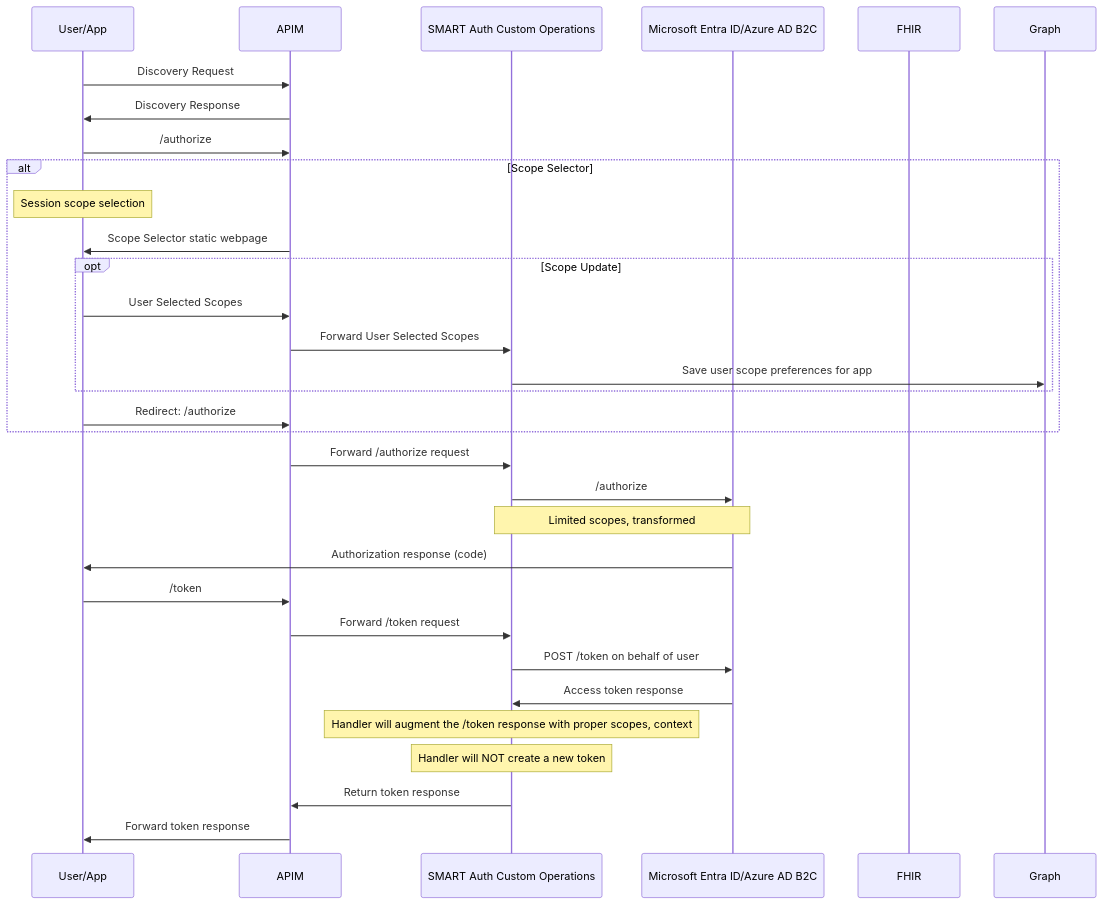
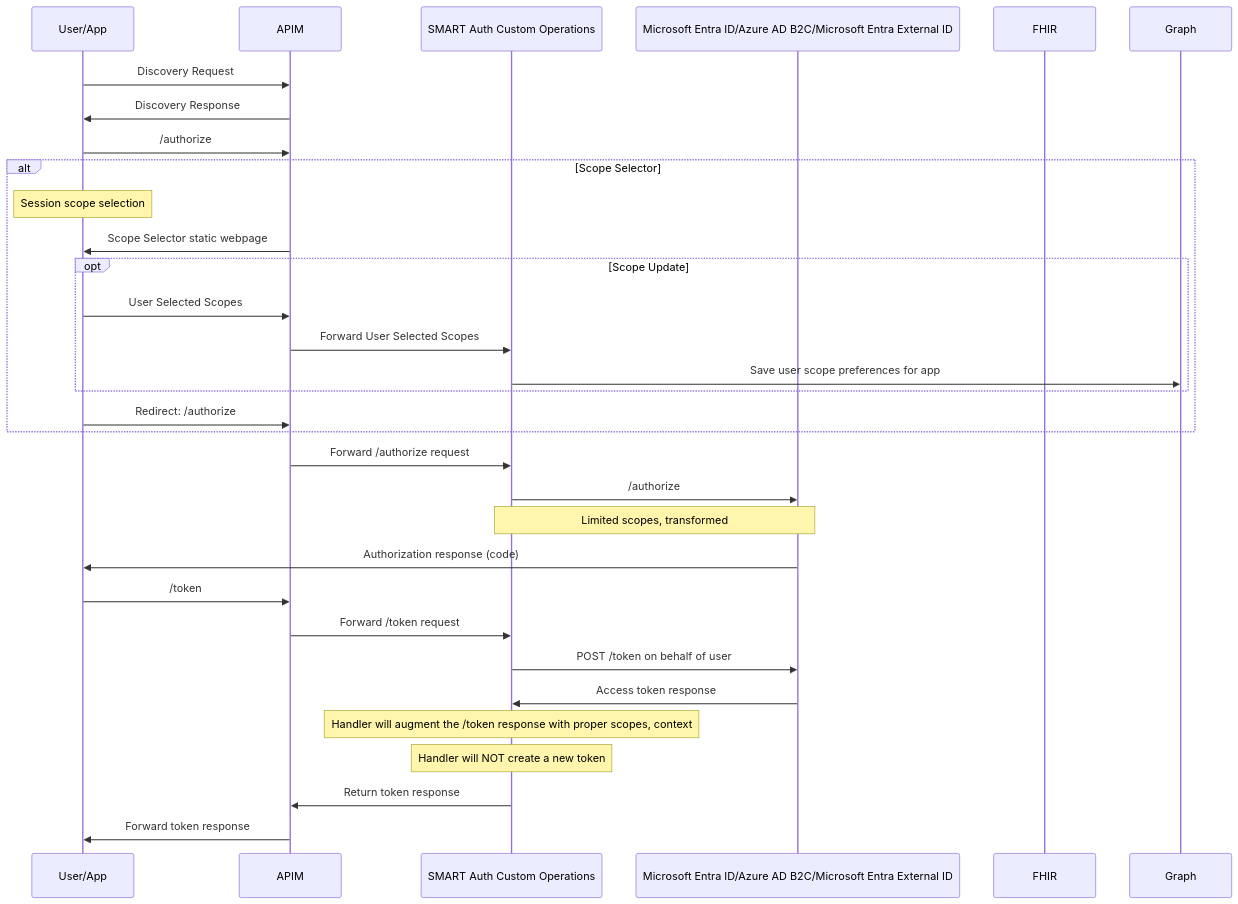
The third of 3 diagrams in samples/smartonfhir/docs/technical-guide.md (Azure-Samples/azure-health-data-and-ai-samples), drawn with Mermaid before and after one commit. The commit also changed other lines of this file and 22 other files, not shown here.

Commit message:
Documentation update for Entra External ID implementation

````diff
--- a/samples/smartonfhir/docs/technical-guide.md
+++ b/samples/smartonfhir/docs/technical-guide.md
@@ -104,36 +104,36 @@
 ```mermaid
   sequenceDiagram
     participant User/App
     participant APIM
     participant SMART Auth Custom Operations
-    participant Microsoft Entra ID/Azure AD B2C
+    participant Microsoft Entra ID/Azure AD B2C/Microsoft Entra External ID
     participant FHIR
     participant Graph
     User/App ->> APIM: Discovery Request
     APIM ->> User/App: Discovery Response
     User/App ->> APIM: /authorize
     alt Scope Selector
         note over User/App: Session scope selection
         APIM ->> User/App: Scope Selector static webpage
         opt Scope Update
             User/App ->> APIM: User Selected Scopes
             APIM ->> SMART Auth Custom Operations:  Forward User Selected Scopes
             SMART Auth Custom Operations ->> Graph: Save user scope preferences for app
         end
         
         User/App ->> APIM: Redirect: /authorize        
     end
 
     APIM ->> SMART Auth Custom Operations: Forward /authorize request    
-    SMART Auth Custom Operations ->> Microsoft Entra ID/Azure AD B2C: /authorize
-    note over SMART Auth Custom Operations, Microsoft Entra ID/Azure AD B2C: Limited scopes, transformed
-    Microsoft Entra ID/Azure AD B2C ->> User/App: Authorization response (code)
+    SMART Auth Custom Operations ->> Microsoft Entra ID/Azure AD B2C/Microsoft Entra External ID: /authorize
+    note over SMART Auth Custom Operations, Microsoft Entra ID/Azure AD B2C/Microsoft Entra External ID: Limited scopes, transformed
+    Microsoft Entra ID/Azure AD B2C/Microsoft Entra External ID ->> User/App: Authorization response (code)
     User/App ->> APIM: /token
     APIM ->> SMART Auth Custom Operations: Forward /token request
-    SMART Auth Custom Operations ->> Microsoft Entra ID/Azure AD B2C: POST /token on behalf of user
-    Microsoft Entra ID/Azure AD B2C ->> SMART Auth Custom Operations: Access token response
+    SMART Auth Custom Operations ->> Microsoft Entra ID/Azure AD B2C/Microsoft Entra External ID: POST /token on behalf of user
+    Microsoft Entra ID/Azure AD B2C/Microsoft Entra External ID ->> SMART Auth Custom Operations: Access token response
     note over SMART Auth Custom Operations: Handler will augment the /token response with proper scopes, context
     note over SMART Auth Custom Operations: Handler will NOT create a new token
     SMART Auth Custom Operations ->> APIM: Return token response
     APIM ->> User/App: Forward token response
 ```
````
